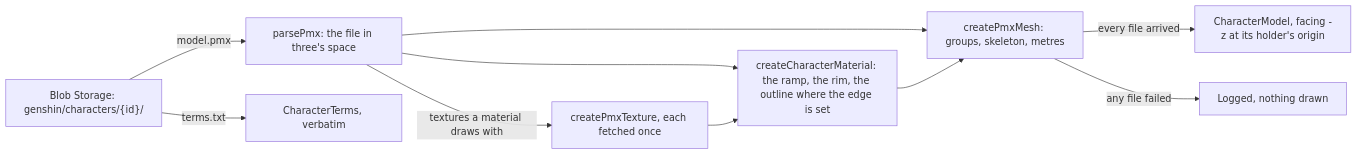
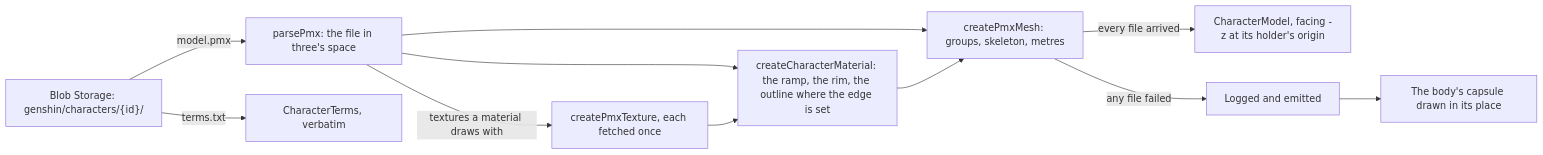
The diagram in apps/web/content/docs/genshin/characters.md (Esposter/Esposter), drawn with Mermaid before and after one commit.

Commit message:
docs(genshin): the characters diagram's failed read is logged, emitted and drawn as the body's capsule
Answers: 4218180569

````diff
--- a/apps/web/content/docs/genshin/characters.md
+++ b/apps/web/content/docs/genshin/characters.md
@@ -12,12 +12,13 @@
 ```mermaid
 flowchart LR
   BLOB["Blob Storage: genshin/characters/{id}/"] -->|"model.pmx"| PARSE["parsePmx: the file in three's space"]
   PARSE -->|"textures a material draws with"| TEXTURE["createPmxTexture, each fetched once"]
   PARSE --> MATERIAL["createCharacterMaterial: the ramp, the rim, the outline where the edge is set"]
   TEXTURE --> MATERIAL
   PARSE --> MESH["createPmxMesh: groups, skeleton, metres"]
   MATERIAL --> MESH
   MESH -->|"every file arrived"| MODEL["CharacterModel, facing -z at its holder's origin"]
-  MESH -->|"any file failed"| LOG["Logged, nothing drawn"]
+  MESH -->|"any file failed"| LOG["Logged and emitted"]
+  LOG --> CAPSULE["The body's capsule drawn in its place"]
   BLOB -->|"terms.txt"| TERMS["CharacterTerms, verbatim"]
 ```
````
